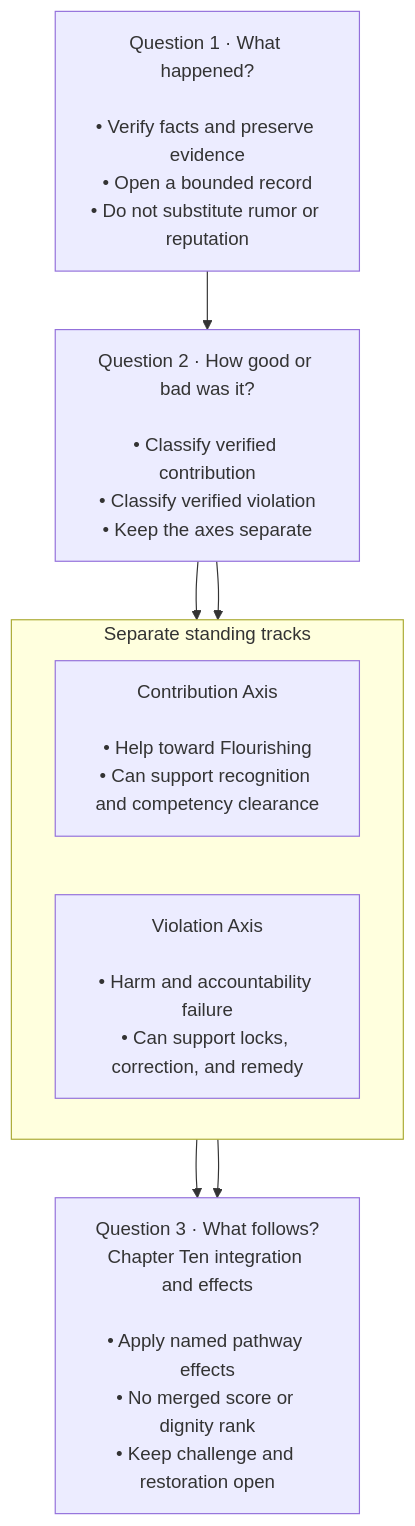
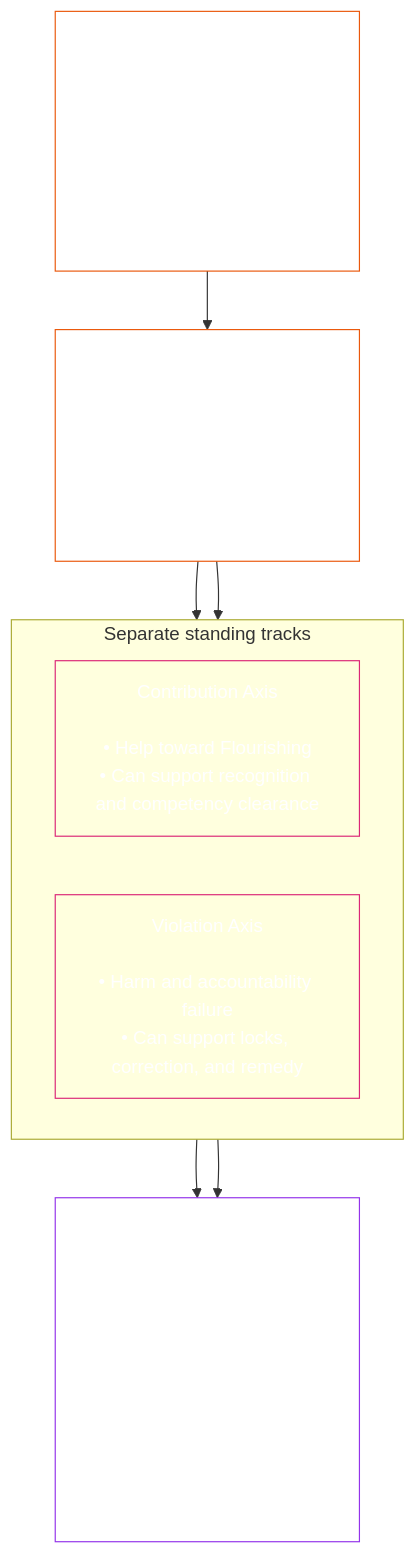
Diagram 12 of 20 in CONCEPTUAL_OVERVIEW.md (kfoelsch/Sentient_Constitution), drawn with Mermaid before and after one commit. The commit also changed other lines of this file and 22 other files, not shown here.

````diff
--- a/CONCEPTUAL_OVERVIEW.md
+++ b/CONCEPTUAL_OVERVIEW.md
@@ -505,16 +595,21 @@
 ```mermaid
 flowchart TB
     Q1["Question 1 · What happened?<br/><br/>• Verify facts and preserve evidence<br/>• Open a bounded record<br/>• Do not substitute rumor or reputation"]
     Q2["Question 2 · How good or bad was it?<br/><br/>• Classify verified contribution<br/>• Classify verified violation<br/>• Keep the axes separate"]
     subgraph Tracks["Separate standing tracks"]
         direction LR
         C["Contribution Axis<br/><br/>• Help toward Flourishing<br/>• Can support recognition and competency clearance"]
         V["Violation Axis<br/><br/>• Harm and accountability failure<br/>• Can support locks, correction, and remedy"]
     end
-    Q3["Question 3 · What follows?<br/>Chapter Ten integration and effects<br/><br/>• Apply named pathway effects<br/>• No merged score or dignity rank<br/>• Keep challenge and restoration open"]
+    Q3["Question 3 · What follows?<br/><br/>Chapter Ten integration and effects<br/><br/>• Apply named pathway effects<br/>• No merged score or dignity rank<br/>• Keep challenge and restoration open"]
     Q1 --> Q2
     Q2 --> C
     Q2 --> V
     C --> Q3
     V --> Q3
+    style Q1 fill:none,stroke:#ea580c,color:#ffffff
+    style Q2 fill:none,stroke:#ea580c,color:#ffffff
+    style C fill:none,stroke:#db2777,color:#ffffff
+    style V fill:none,stroke:#db2777,color:#ffffff
+    style Q3 fill:none,stroke:#9333ea,color:#ffffff
 ```
````
